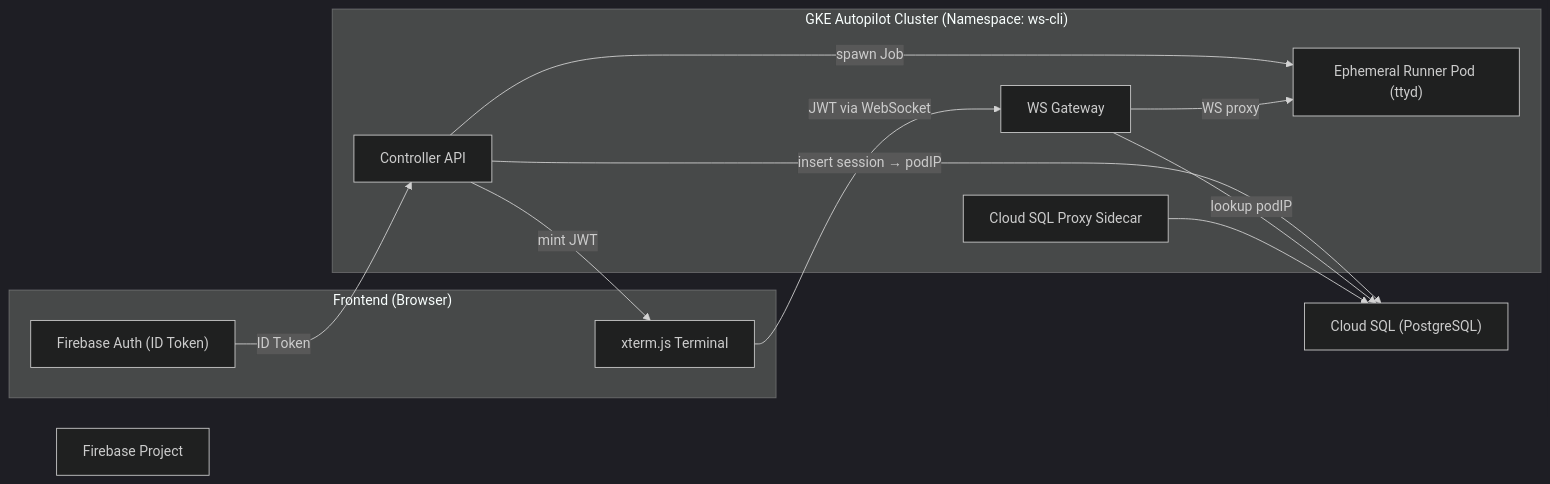
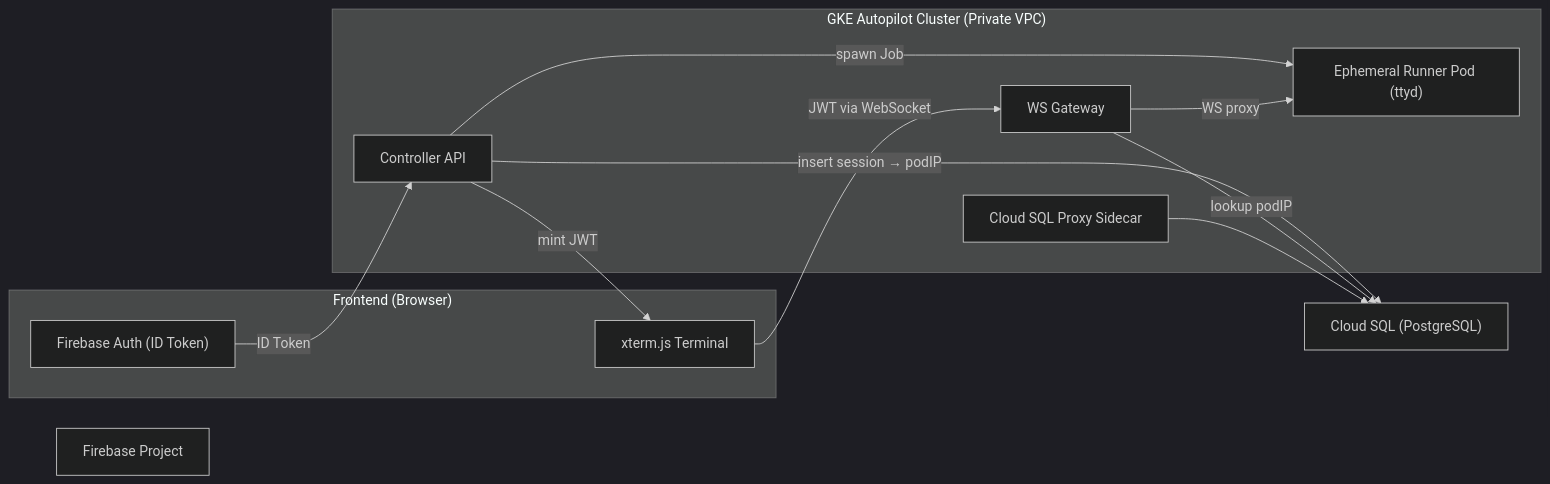
One commit to arakoodev/k8s-cli-agents changed the diagram in README.md. Above: the diagram before and after it, drawn with Mermaid (dark theme). The commit also changed other lines of this file and 1 other file, not shown here.

````diff
--- a/README.md
+++ b/README.md
@@ -30,24 +30,24 @@
 ```mermaid
 flowchart LR
   subgraph Client["Frontend (Browser)"]
     A1["Firebase Auth (ID Token)"]
     A2["xterm.js Terminal"]
   end
-  subgraph GKE["GKE Autopilot Cluster (Namespace: ws-cli)"]
+  subgraph GKE["GKE Autopilot Cluster (Private VPC)"]
     C1["Controller API"]
     G1["WS Gateway"]
     R1["Ephemeral Runner Pod (ttyd)"]
     DB["Cloud SQL Proxy Sidecar"]
   end
   SQL["Cloud SQL (PostgreSQL)"]
   FA["Firebase Project"]
 
   A1 -->|"ID Token"| C1
   C1 -->|"spawn Job"| R1
   C1 -->|"insert session → podIP"| SQL
   C1 -->|"mint JWT"| A2
   A2 -->|"JWT via WebSocket"| G1
   G1 -->|"lookup podIP"| SQL
   G1 -->|"WS proxy"| R1
   DB --> SQL
 ```
````
